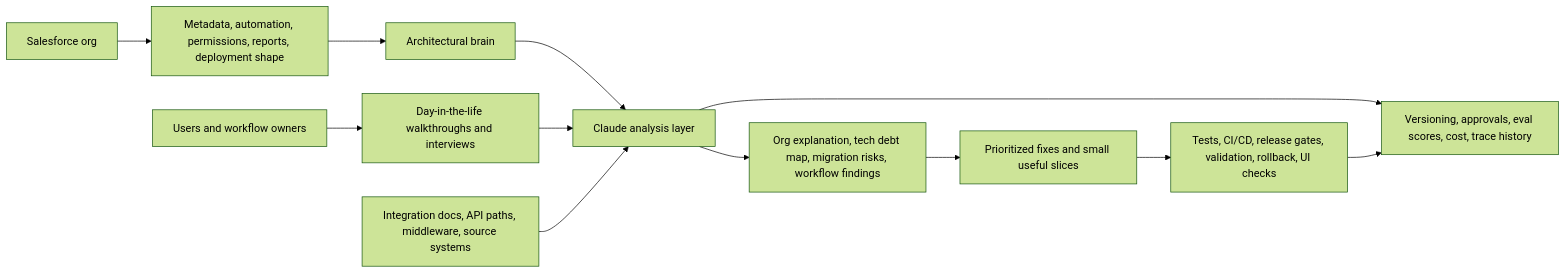
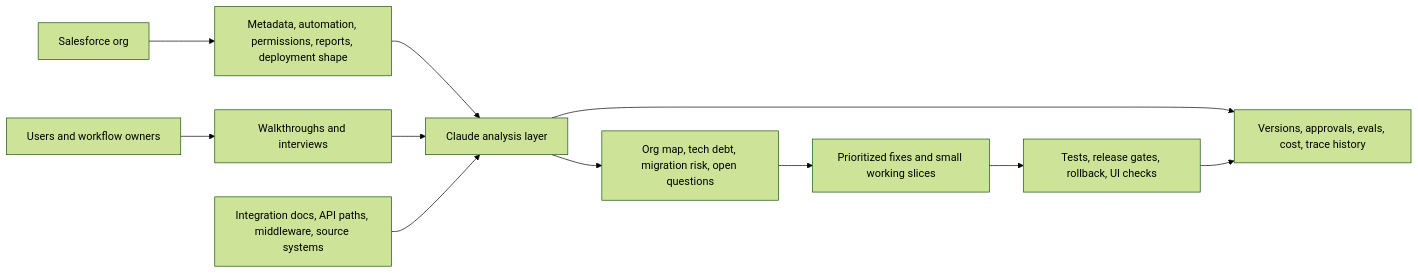
Before and after one commit to mdegoll/Hugo-Personal: the diagram in content/playbooks/claude-org-scan-and-migration-readiness-playbook.md, drawn with Mermaid (forest theme). The commit also changed other lines of this file and 5 other files, not shown here.

````diff
--- a/content/playbooks/claude-org-scan-and-migration-readiness-playbook.md
+++ b/content/playbooks/claude-org-scan-and-migration-readiness-playbook.md
@@ -110,26 +107,24 @@
 ```mermaid
 flowchart LR
-    User["Users and workflow owners"]
-    Walkthroughs["Day-in-the-life walkthroughs and interviews"]
+    Users["Users and workflow owners"]
+    Walkthroughs["Walkthroughs and interviews"]
     Salesforce["Salesforce org"]
-    Brain["Architectural brain"]
     Metadata["Metadata, automation, permissions, reports, deployment shape"]
     Integrations["Integration docs, API paths, middleware, source systems"]
     Claude["Claude analysis layer"]
-    Findings["Org explanation, tech debt map, migration risks, workflow findings"]
-    Backlog["Prioritized fixes and small useful slices"]
-    Pipeline["Tests, CI/CD, release gates, validation, rollback, UI checks"]
-    Audit["Versioning, approvals, eval scores, cost, trace history"]
+    Findings["Org map, tech debt, migration risk, open questions"]
+    Backlog["Prioritized fixes and small working slices"]
+    Pipeline["Tests, release gates, rollback, UI checks"]
+    Audit["Versions, approvals, evals, cost, trace history"]
 
-    User --> Walkthroughs
+    Users --> Walkthroughs
     Salesforce --> Metadata
-    Metadata --> Brain
-    Brain --> Claude
+    Metadata --> Claude
     Walkthroughs --> Claude
     Integrations --> Claude
     Claude --> Findings
     Findings --> Backlog
     Backlog --> Pipeline
     Claude --> Audit
     Pipeline --> Audit
 ```
````
